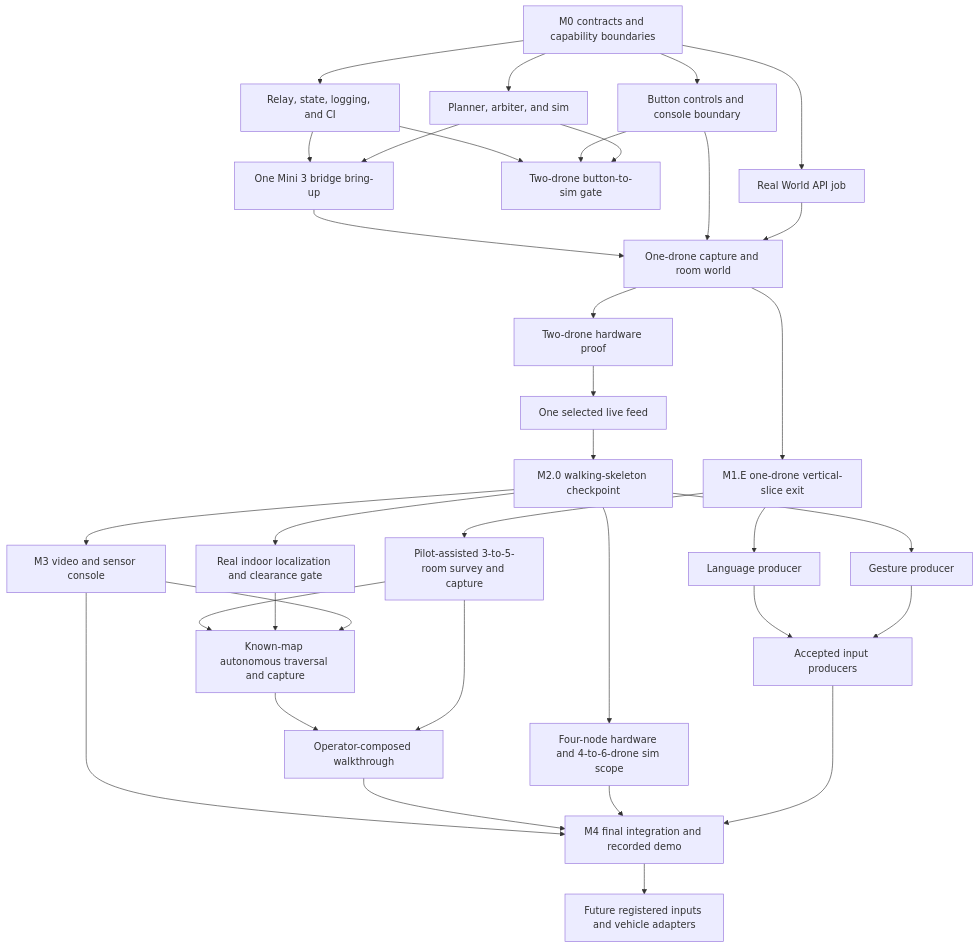
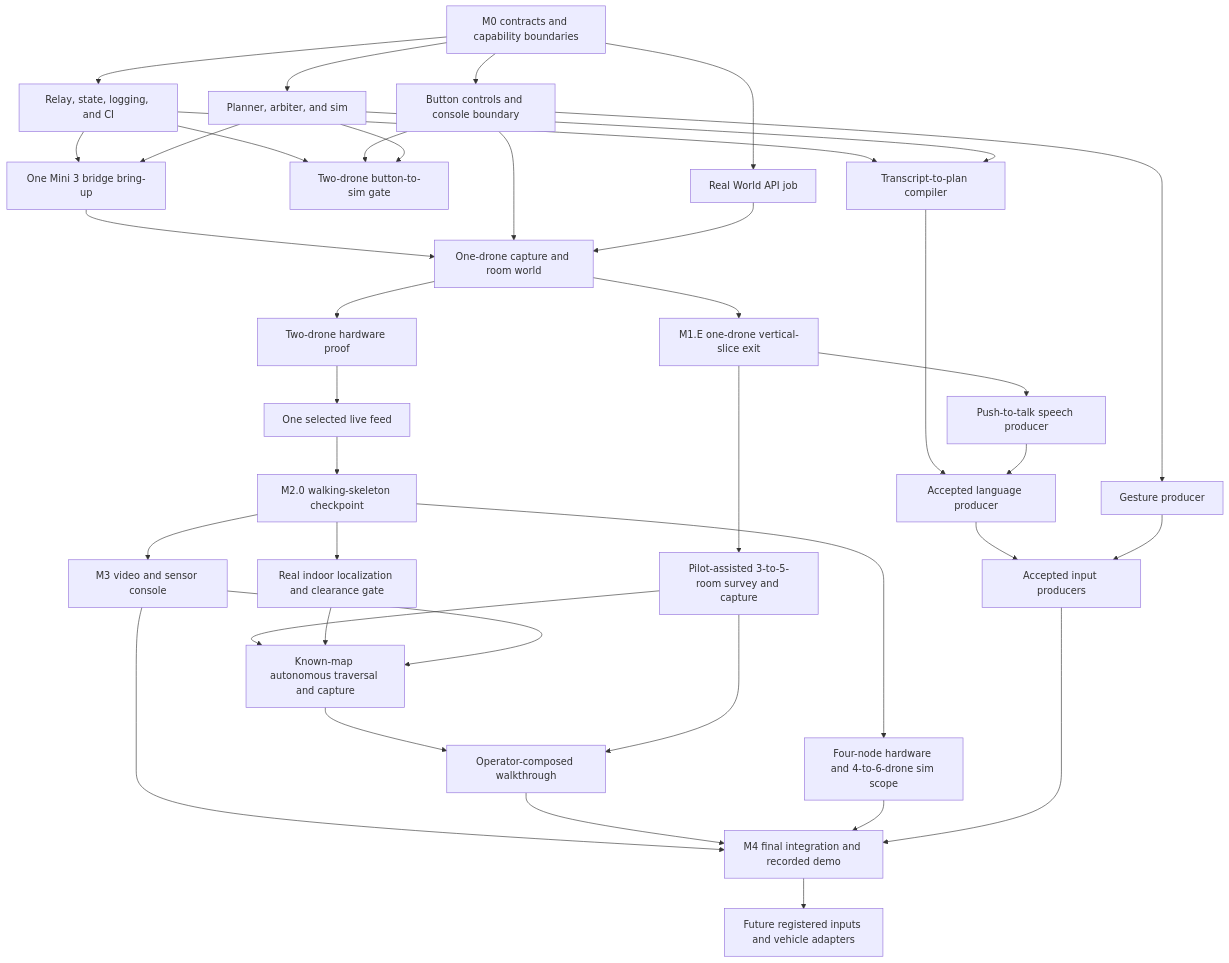
The diagram in docs/mvp-plan.md (worldofhacks/sweep), drawn with Mermaid before and after one commit. The commit also changed other lines of this file, not shown here.

````diff
--- a/docs/mvp-plan.md
+++ b/docs/mvp-plan.md
@@ -13,37 +13,41 @@
 ```mermaid
 flowchart TD
     m0[M0 contracts and capability boundaries] --> relay[Relay, state, logging, and CI]
     m0 --> worldapi[Real World API job]
     m0 --> controls[Button controls and console boundary]
     m0 --> autonomy[Planner, arbiter, and sim]
     relay --> simgate[Two-drone button-to-sim gate]
     controls --> simgate
     autonomy --> simgate
     relay --> bridge[One Mini 3 bridge bring-up]
     autonomy --> bridge
     bridge --> hw1[One-drone capture and room world]
     controls --> hw1
     worldapi --> hw1
     hw1 --> m1e[M1.E one-drone vertical-slice exit]
     m1e --> rooms[Pilot-assisted 3-to-5-room survey and capture]
     hw1 --> hw2[Two-drone hardware proof]
     hw2 --> feed[One selected live feed]
     feed --> m20[M2.0 walking-skeleton checkpoint]
-    m1e --> language[Language producer]
-    m20 --> gesture[Gesture producer]
+    relay --> compiler[Transcript-to-plan compiler]
+    autonomy --> compiler
+    m1e --> speech[Push-to-talk speech producer]
+    compiler --> language[Accepted language producer]
+    speech --> language
+    controls --> gesture[Gesture producer]
     m20 --> scale[Four-node hardware and 4-to-6-drone sim scope]
     m20 --> video[M3 video and sensor console]
     m20 --> localization[Real indoor localization and clearance gate]
     rooms --> knownmap[Known-map autonomous traversal and capture]
     localization --> knownmap
     video --> knownmap
     language --> inputs[Accepted input producers]
     gesture --> inputs
     knownmap --> compose[Operator-composed walkthrough]
     rooms --> compose
     video --> release[M4 final integration and recorded demo]
     compose --> release
     scale --> release
     inputs --> release
     release --> future[Future registered inputs and vehicle adapters]
 ```
````
